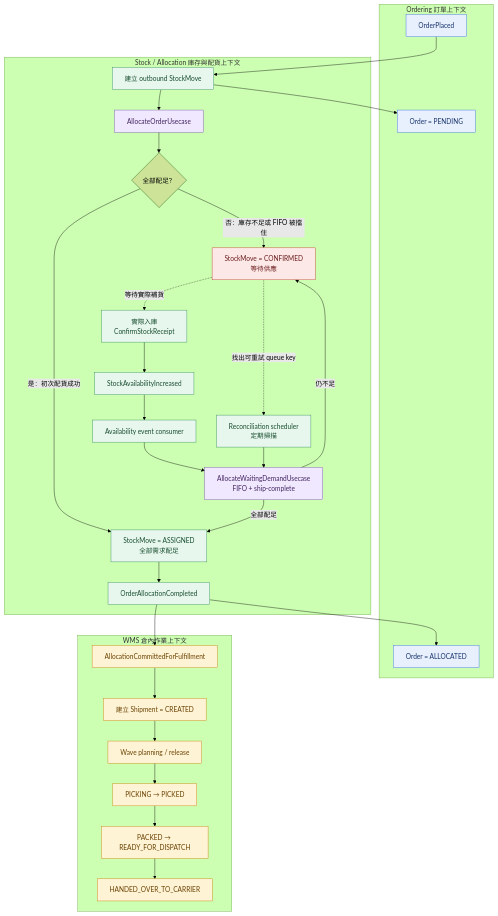
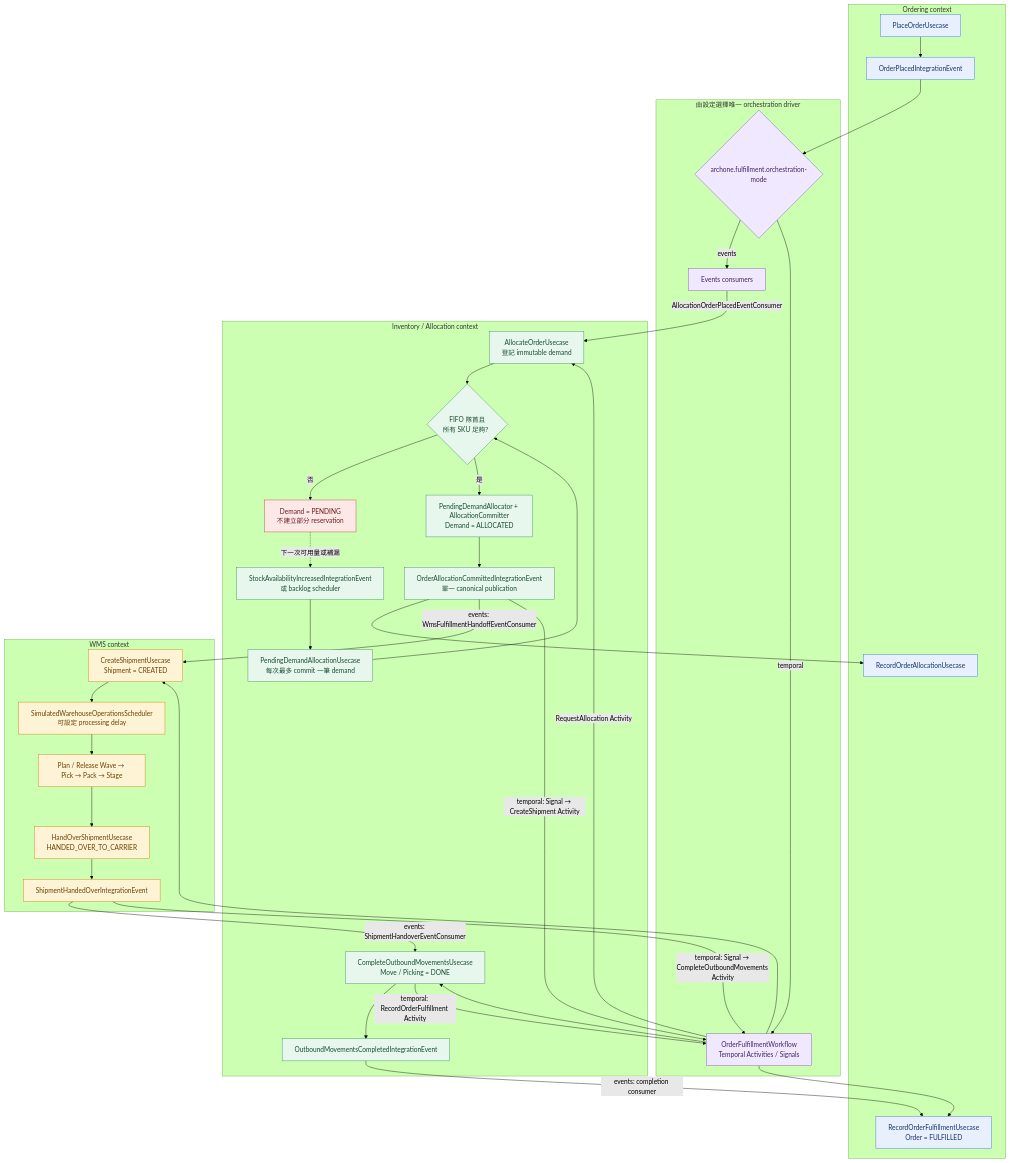
The diagram in docs/order-fulfillment-stock-to-shipment.mmd (zhjiangexe/order-allocation-arch-demo), drawn with Mermaid (forest theme) before and after one commit. The commit also changed 18 other files, not shown here.

Commit message:
docs: refresh fulfillment architecture diagrams

```diff
--- a/docs/order-fulfillment-stock-to-shipment.mmd
+++ b/docs/order-fulfillment-stock-to-shipment.mmd
@@ -1,64 +1,69 @@
-%% 缺貨訂單由 StockMove 等待，補貨後重新配貨並進入 WMS Shipment
+%% 從接單、配貨、WMS handover 到完成出庫；producer 不因 orchestration mode 分叉。
 flowchart TB
-  subgraph O[Ordering 訂單上下文]
-    OP[OrderPlaced]
-    P[Order = PENDING]
-    A[Order = ALLOCATED]
+  subgraph O[Ordering context]
+    PLACE[PlaceOrderUsecase]
+    OP[OrderPlacedIntegrationEvent]
+    PROJECT[RecordOrderAllocationUsecase]
+    FINISH[RecordOrderFulfillmentUsecase<br/>Order = FULFILLED]
   end
 
-  subgraph S[Stock / Allocation 庫存與配貨上下文]
-    D[建立 outbound StockMove]
-    IA[AllocateOrderUsecase]
-    DEC{全部配足？}
-    C[StockMove = CONFIRMED\n等待供應]
-    R[實際入庫\nConfirmStockReceipt]
-    AV[StockAvailabilityIncreased]
-    AVT[Availability event consumer]
-    SCH[Reconciliation scheduler\n定期掃描]
-    RETRY[AllocateWaitingDemandUsecase\nFIFO + ship-complete]
-    AS[StockMove = ASSIGNED\n全部需求配足]
-    DONE[OrderAllocationCompleted]
+  subgraph DRIVER[由設定選擇唯一 orchestration driver]
+    MODE{archone.fulfillment.orchestration-mode}
+    EVENTS[Events consumers]
+    TEMPORAL[OrderFulfillmentWorkflow<br/>Temporal Activities / Signals]
   end
 
-  subgraph W[WMS 倉內作業上下文]
-    H[AllocationCommittedForFulfillment]
-    SH[建立 Shipment = CREATED]
-    WP[Wave planning / release]
-    PICK[PICKING → PICKED]
-    PACK[PACKED → READY_FOR_DISPATCH]
-    HAND[HANDED_OVER_TO_CARRIER]
+  subgraph I[Inventory / Allocation context]
+    ALLOCATE[AllocateOrderUsecase<br/>登記 immutable demand]
+    DEC{FIFO 隊首且<br/>所有 SKU 足夠？}
+    PENDING[Demand = PENDING<br/>不建立部分 reservation]
+    WAKE[StockAvailabilityIncreasedIntegrationEvent<br/>或 backlog scheduler]
+    RETRY[PendingDemandAllocationUsecase<br/>每次最多 commit 一筆 demand]
+    COMMIT[PendingDemandAllocator + AllocationCommitter<br/>Demand = ALLOCATED]
+    AC[OrderAllocationCommittedIntegrationEvent<br/>單一 canonical publication]
+    OUTBOUND[CompleteOutboundMovementsUsecase<br/>Move / Picking = DONE]
+    OC[OutboundMovementsCompletedIntegrationEvent]
   end
 
-  OP --> D
-  D --> P
-  D --> IA
-  IA --> DEC
-  DEC -->|是：初次配貨成功| AS
-  DEC -->|否：庫存不足或 FIFO 被擋住| C
+  subgraph W[WMS context]
+    CREATE[CreateShipmentUsecase<br/>Shipment = CREATED]
+    SIM[SimulatedWarehouseOperationsScheduler<br/>可設定 processing delay]
+    OPS[Plan / Release Wave → Pick → Pack → Stage]
+    HAND[HandOverShipmentUsecase<br/>HANDED_OVER_TO_CARRIER]
+    SH[ShipmentHandedOverIntegrationEvent]
+  end
 
-  C -. 等待實際補貨 .-> R
-  R --> AV
-  AV --> AVT
-  AVT --> RETRY
-  C -. 找出可重試 queue key .-> SCH
-  SCH --> RETRY
-  RETRY -->|仍不足| C
-  RETRY -->|全部配足| AS
-  AS --> DONE
+  PLACE --> OP --> MODE
+  MODE -->|events| EVENTS
+  MODE -->|temporal| TEMPORAL
+  EVENTS -->|AllocationOrderPlacedEventConsumer| ALLOCATE
+  TEMPORAL -->|RequestAllocation Activity| ALLOCATE
+  ALLOCATE --> DEC
+  DEC -->|否| PENDING
+  PENDING -. 下一次可用量或補漏 .-> WAKE --> RETRY --> DEC
+  DEC -->|是| COMMIT --> AC
 
-  DONE --> A
-  DONE --> H
-  H --> SH
-  SH --> WP --> PICK --> PACK --> HAND
+  AC --> PROJECT
+  AC -->|events: WmsFulfillmentHandoffEventConsumer| CREATE
+  AC -->|temporal: Signal → CreateShipment Activity| TEMPORAL
+  TEMPORAL --> CREATE
+
+  CREATE --> SIM --> OPS --> HAND --> SH
+  SH -->|events: ShipmentHandoverEventConsumer| OUTBOUND
+  SH -->|temporal: Signal → CompleteOutboundMovements Activity| TEMPORAL
+  TEMPORAL --> OUTBOUND
+  OUTBOUND --> OC
+  OC -->|events: completion consumer| FINISH
+  OUTBOUND -->|temporal: RecordOrderFulfillment Activity| TEMPORAL
+  TEMPORAL --> FINISH
 
   classDef order fill:#E8F0FE,stroke:#356AE6,color:#17336B;
-  classDef stock fill:#E8F7EE,stroke:#2E8B57,color:#174D2E;
+  classDef inventory fill:#E8F7EE,stroke:#2E8B57,color:#174D2E;
   classDef wms fill:#FFF3D6,stroke:#C77D00,color:#694200;
+  classDef driver fill:#F0E8FF,stroke:#7B4BB7,color:#42245F;
   classDef wait fill:#FDE8E8,stroke:#C0392B,color:#6B1D1D;
-  class OP,P,A order;
-  class D,R,AV,AVT,SCH,AS,DONE stock;
-  class IA,RETRY usecase;
-  class C wait;
-  class H,SH,WP,PICK,PACK,HAND wms;
-
-  classDef usecase fill:#F0E8FF,stroke:#7B4BB7,color:#42245F;
+  class PLACE,OP,PROJECT,FINISH order;
+  class ALLOCATE,DEC,WAKE,RETRY,COMMIT,AC,OUTBOUND,OC inventory;
+  class CREATE,SIM,OPS,HAND,SH wms;
+  class MODE,EVENTS,TEMPORAL driver;
+  class PENDING wait;
```
